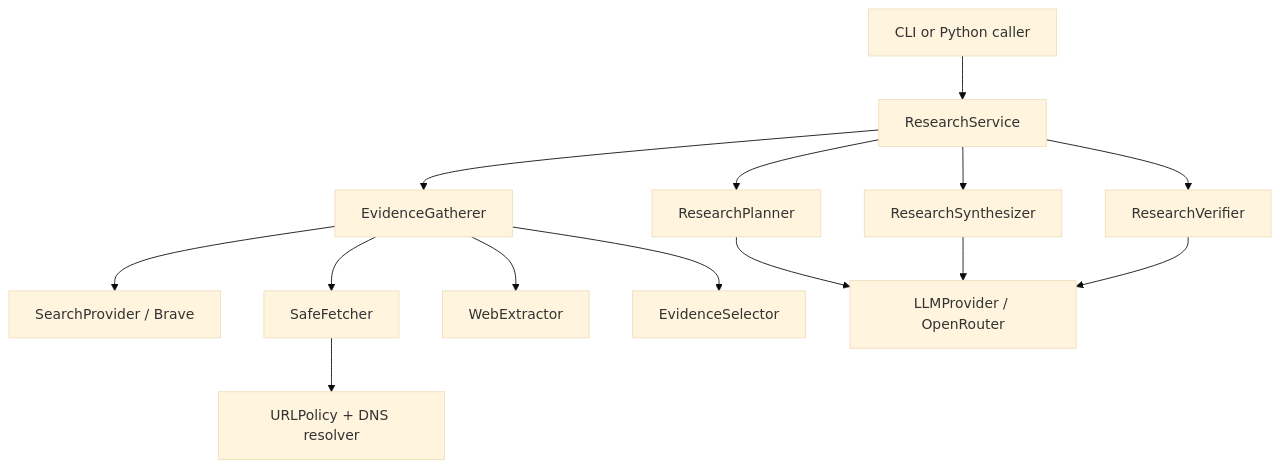
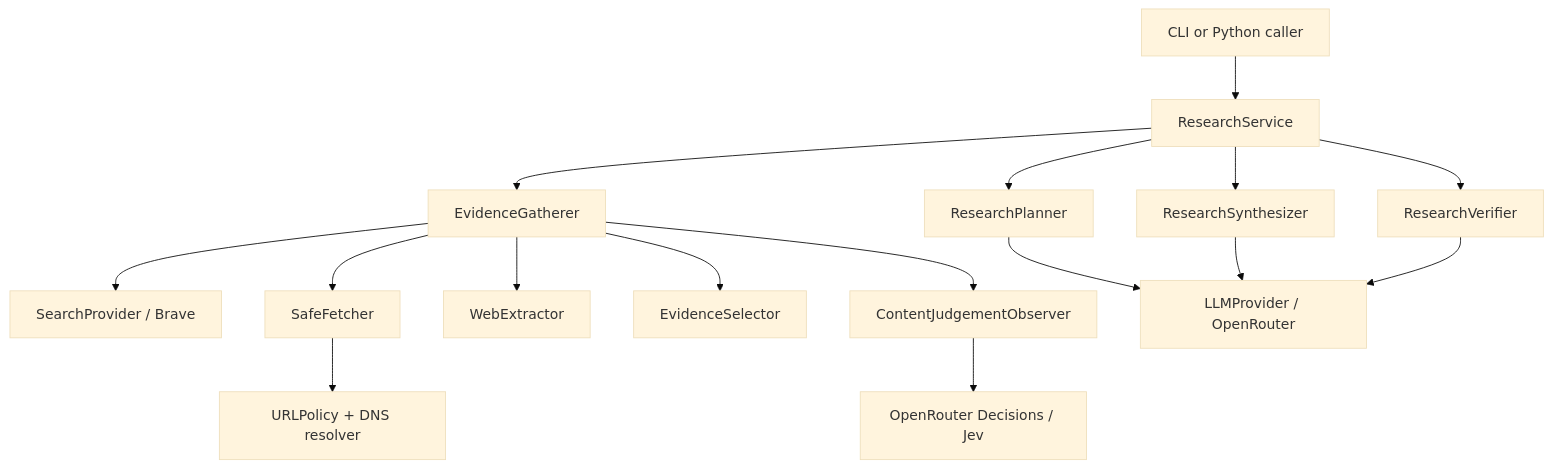
The diagram in docs/archdoc/ARCHITECTURE.md (stefanrossmeier/safe-web-research), drawn with Mermaid (base theme) before and after one commit. The commit also changed other lines of this file and 3 other files, not shown here.

````diff
--- a/docs/archdoc/ARCHITECTURE.md
+++ b/docs/archdoc/ARCHITECTURE.md
@@ -19,16 +19,18 @@
 ```mermaid
 flowchart TD
     Caller[CLI or Python caller] --> Service[ResearchService]
     Service --> Planner[ResearchPlanner]
     Service --> Gatherer[EvidenceGatherer]
     Gatherer --> Search[SearchProvider / Brave]
     Gatherer --> Fetch[SafeFetcher]
     Fetch --> Policy[URLPolicy + DNS resolver]
     Gatherer --> Extract[WebExtractor]
     Gatherer --> Select[EvidenceSelector]
+    Gatherer --> Judge[ContentJudgementObserver]
+    Judge --> Jev[OpenRouter Decisions / Jev]
     Service --> Synth[ResearchSynthesizer]
     Service --> Verify[ResearchVerifier]
     Planner --> LLM[LLMProvider / OpenRouter]
     Synth --> LLM
     Verify --> LLM
 ```
````
